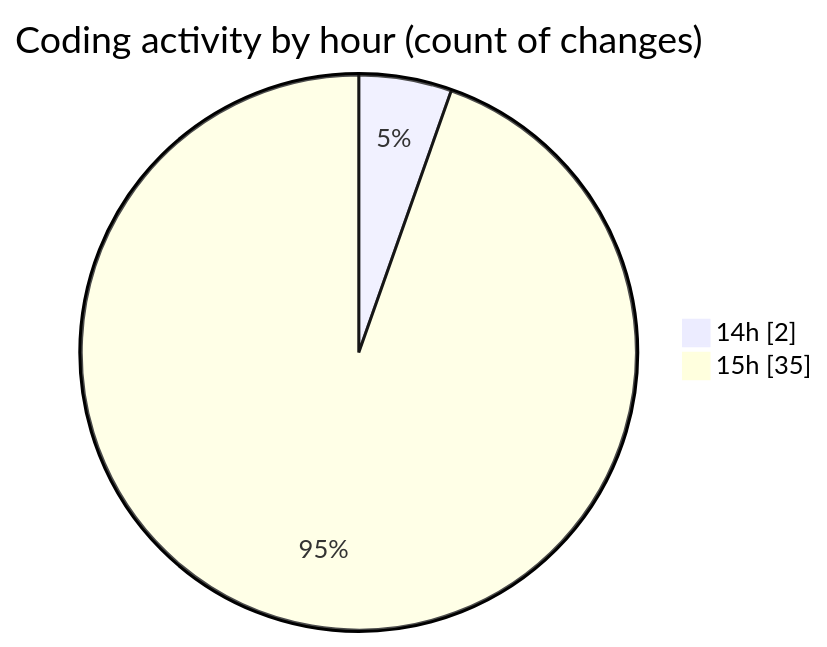
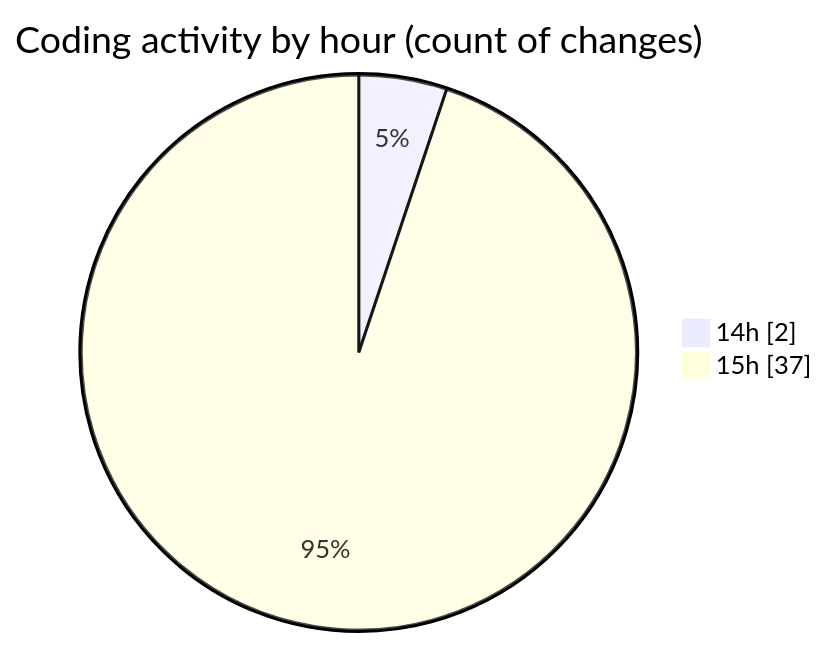
The second of 2 diagrams in 2026-07-15/cda/README.md (momahboobian/code-tracking), drawn with Mermaid before and after one commit. The commit also changed other lines of this file and 1 other file, not shown here.

````diff
--- a/2026-07-15/cda/README.md
+++ b/2026-07-15/cda/README.md
@@ -61,6 +62,6 @@
 ```mermaid
 pie showData
 title Coding activity by hour (count of changes)
 "14h" : 2
-"15h" : 35
+"15h" : 37
 ```
````
